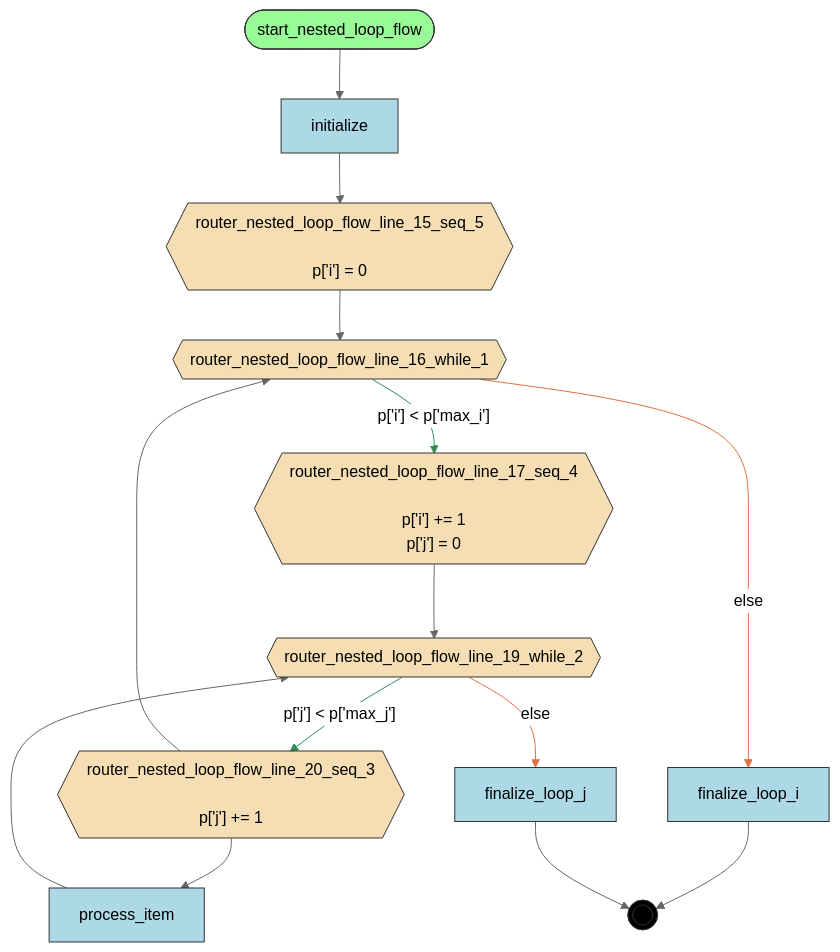
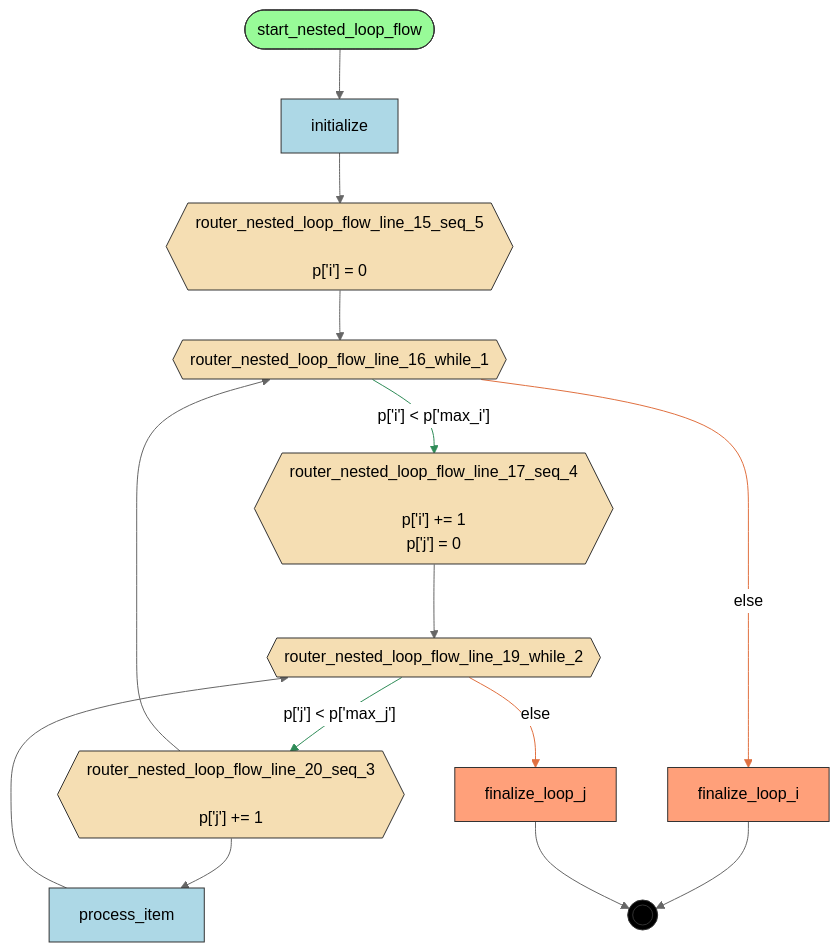
One commit to deliveryhero/asya changed the diagram in examples/flows/compiled/while_nested_loop/flow.mmd. Above: the diagram before and after it, drawn with Mermaid (neutral theme). The commit also changed 263 other files, not shown here.

Commit message:
refactor(compiler): rename flow_role->role, is_generated->generated; add two-label manifest system (asya.sh/role + asya.sh/generated)

```diff
--- a/examples/flows/compiled/while_nested_loop/flow.mmd
+++ b/examples/flows/compiled/while_nested_loop/flow.mmd
@@ -1,39 +1,41 @@
 flowchart TD
     %% Flow: nested_loop_flow
 
     finalize_loop_i[finalize_loop_i]
     finalize_loop_j[finalize_loop_j]
     initialize[initialize]
     process_item[process_item]
     router_nested_loop_flow_line_15_seq_5{{"router_nested_loop_flow_line_15_seq_5<br/><br/>p['i'] = 0"}}
     router_nested_loop_flow_line_16_while_1{{router_nested_loop_flow_line_16_while_1}}
     router_nested_loop_flow_line_17_seq_4{{"router_nested_loop_flow_line_17_seq_4<br/><br/>p['i'] += 1<br/>p['j'] = 0"}}
     router_nested_loop_flow_line_19_while_2{{router_nested_loop_flow_line_19_while_2}}
     router_nested_loop_flow_line_20_seq_3{{"router_nested_loop_flow_line_20_seq_3<br/><br/>p['j'] += 1"}}
     start_nested_loop_flow([start_nested_loop_flow])
     __end__((( )))
 
     start_nested_loop_flow --> initialize
     initialize --> router_nested_loop_flow_line_15_seq_5
     router_nested_loop_flow_line_20_seq_3 --> process_item
     router_nested_loop_flow_line_19_while_2 -->|"p['j'] < p['max_j']"| router_nested_loop_flow_line_20_seq_3
     router_nested_loop_flow_line_19_while_2 -->|"else"| finalize_loop_j
     router_nested_loop_flow_line_17_seq_4 --> router_nested_loop_flow_line_19_while_2
     router_nested_loop_flow_line_16_while_1 -->|"p['i'] < p['max_i']"| router_nested_loop_flow_line_17_seq_4
     router_nested_loop_flow_line_16_while_1 -->|"else"| finalize_loop_i
     router_nested_loop_flow_line_15_seq_5 --> router_nested_loop_flow_line_16_while_1
     process_item --> router_nested_loop_flow_line_19_while_2
     router_nested_loop_flow_line_20_seq_3 --> router_nested_loop_flow_line_16_while_1
     finalize_loop_i --> __end__
     finalize_loop_j --> __end__
 
     classDef start fill:#98FB98,stroke:#333
+    classDef endnode fill:#FFA07A,stroke:#333
     classDef router fill:#F5DEB3,stroke:#333
     classDef handler fill:#ADD8E6,stroke:#333
     classDef endpoint fill:#000,stroke:#333,color:#fff
     class start_nested_loop_flow start
+    class finalize_loop_i,finalize_loop_j endnode
     class router_nested_loop_flow_line_15_seq_5,router_nested_loop_flow_line_16_while_1,router_nested_loop_flow_line_17_seq_4,router_nested_loop_flow_line_19_while_2,router_nested_loop_flow_line_20_seq_3 router
-    class finalize_loop_i,finalize_loop_j,initialize,process_item handler
+    class initialize,process_item handler
     class __end__ endpoint
     linkStyle 3,6 stroke:#2E8B57
     linkStyle 4,7 stroke:#E07040
```
